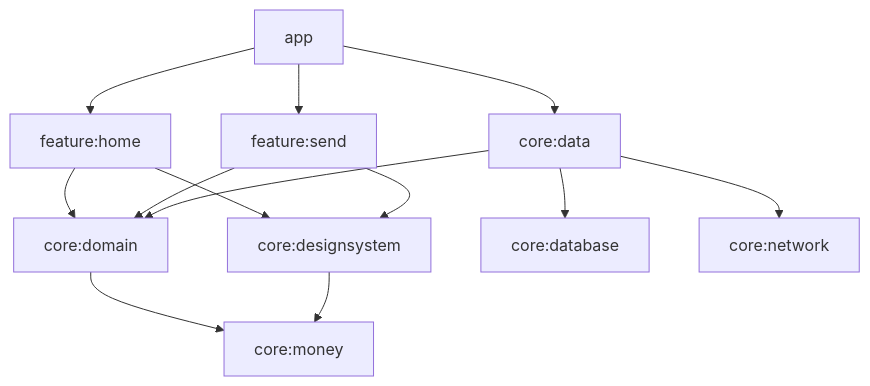
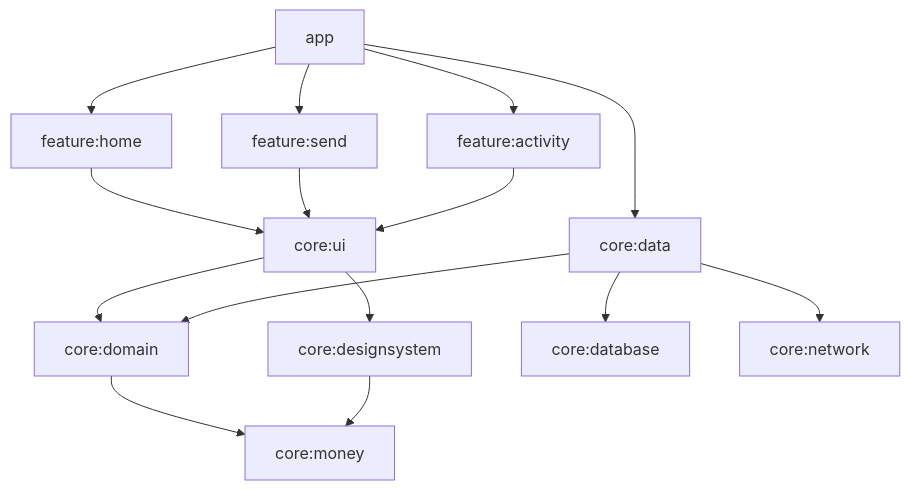
Before and after one commit to gunnarwrld/forge-wallet-android: the second of 2 diagrams in README.md, drawn with Mermaid. The commit also changed other lines of this file and 3 other files, not shown here.

````diff
--- a/README.md
+++ b/README.md
@@ -74,15 +75,17 @@
 ```mermaid
 graph TD
     app --> home["feature:home"]
     app --> send["feature:send"]
+    app --> activity["feature:activity"]
     app --> data["core:data"]
-    home --> domain["core:domain"]
-    home --> ds["core:designsystem"]
-    send --> domain
-    send --> ds
+    home --> ui["core:ui"]
+    send --> ui
+    activity --> ui
+    ui --> domain["core:domain"]
+    ui --> ds["core:designsystem"]
     data --> domain
     data --> database["core:database"]
     data --> network["core:network"]
     domain --> money["core:money"]
     ds --> money
 ```
````
